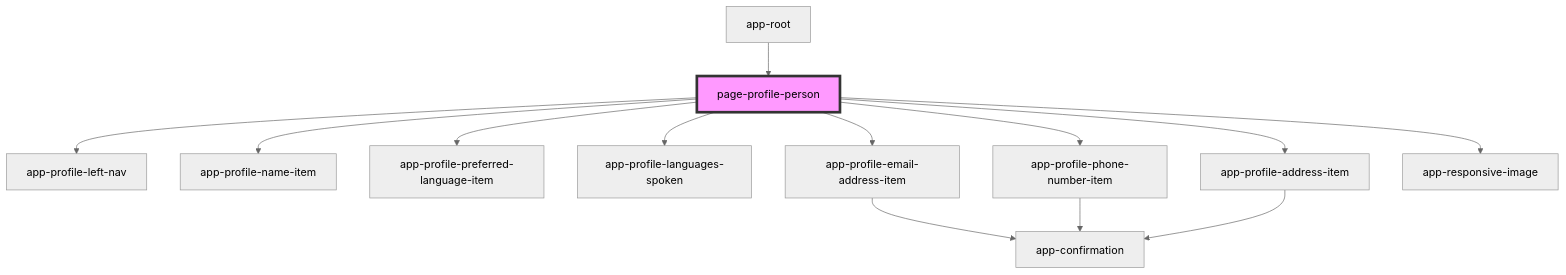
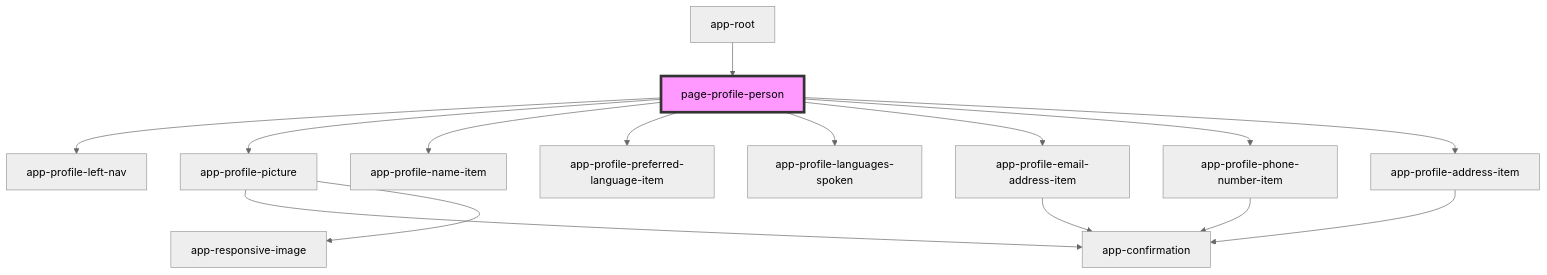
The diagram in iconeventnetwork-web/src/components/pages/page-profile-person/readme.md (lokheed/IconEventNetwork.Web), drawn with Mermaid (neutral theme) before and after one commit. The commit also changed other lines of this file and 11 other files, not shown here.

Commit message:
first pass edit profile image, save not wired up

````diff
--- a/iconeventnetwork-web/src/components/pages/page-profile-person/readme.md
+++ b/iconeventnetwork-web/src/components/pages/page-profile-person/readme.md
@@ -26,16 +26,18 @@
 ```mermaid
 graph TD;
   page-profile-person --> app-profile-left-nav
+  page-profile-person --> app-profile-picture
   page-profile-person --> app-profile-name-item
   page-profile-person --> app-profile-preferred-language-item
   page-profile-person --> app-profile-languages-spoken
   page-profile-person --> app-profile-email-address-item
   page-profile-person --> app-profile-phone-number-item
   page-profile-person --> app-profile-address-item
-  page-profile-person --> app-responsive-image
+  app-profile-picture --> app-confirmation
+  app-profile-picture --> app-responsive-image
   app-profile-email-address-item --> app-confirmation
   app-profile-phone-number-item --> app-confirmation
   app-profile-address-item --> app-confirmation
   app-root --> page-profile-person
   style page-profile-person fill:#f9f,stroke:#333,stroke-width:4px
 ```
````
